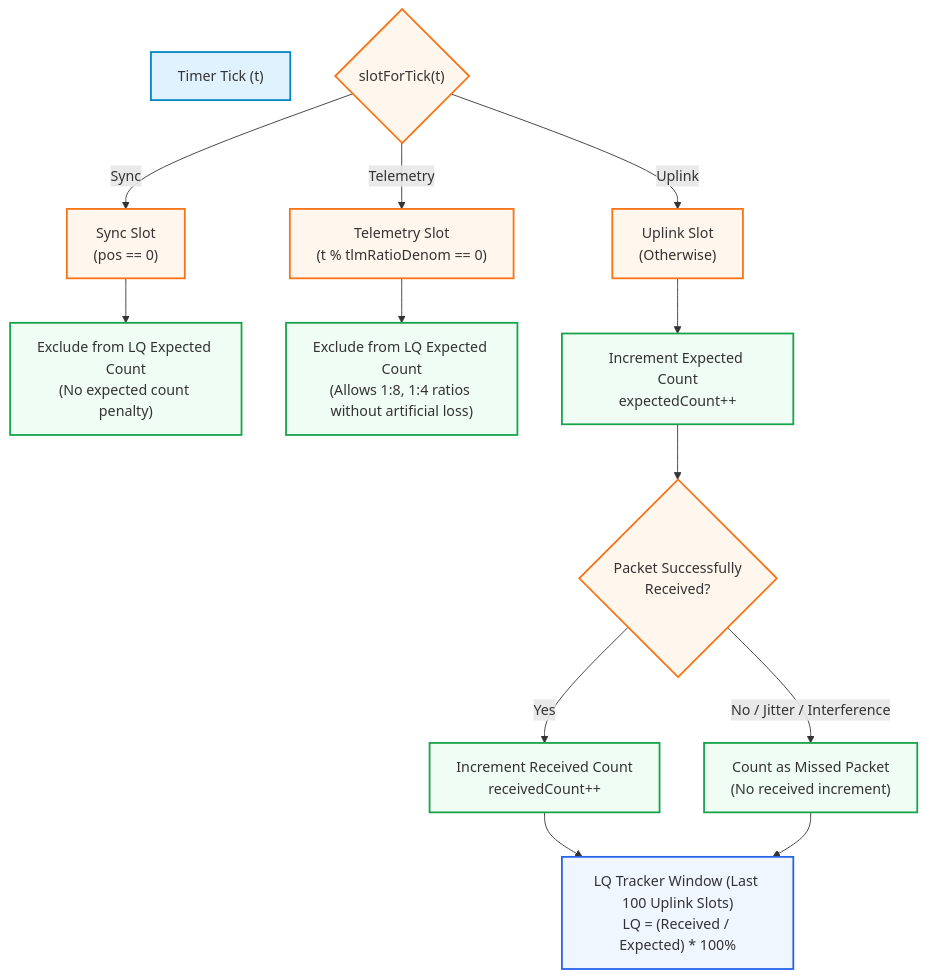
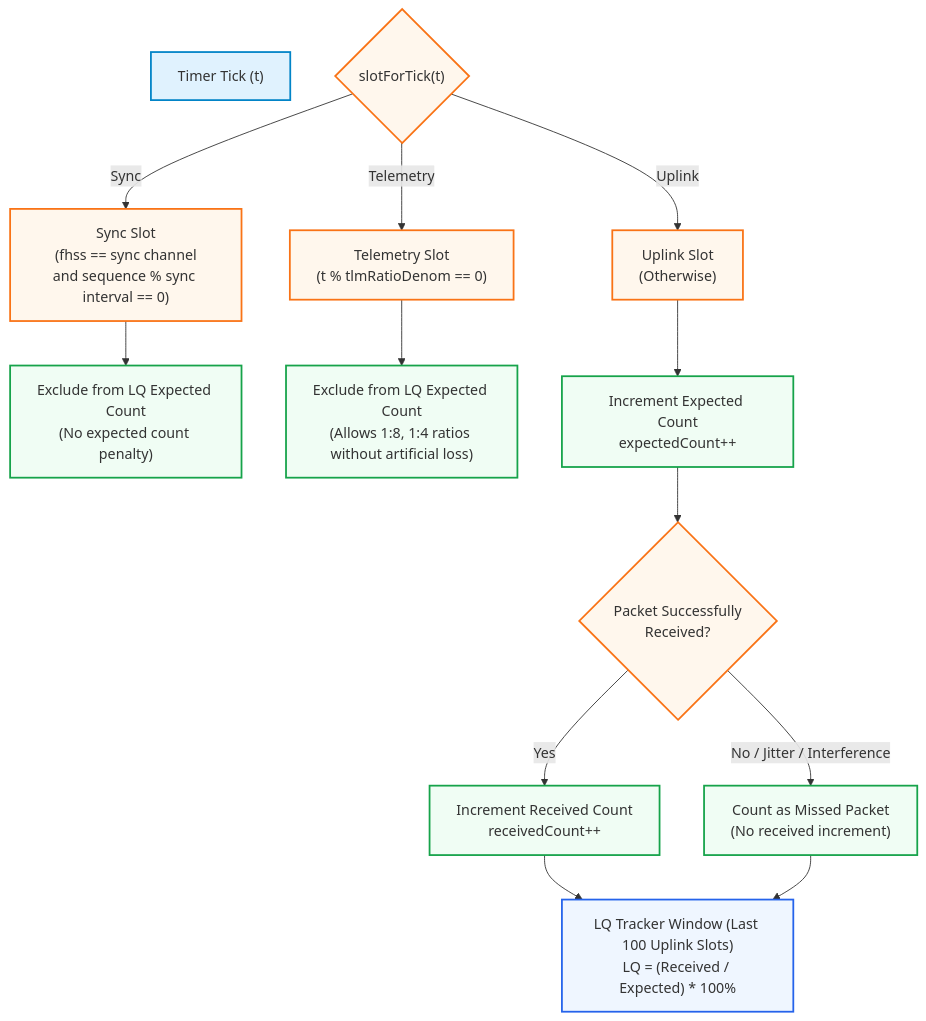
The diagram in docs/developer/telemetry-and-link-stats.md (xlrs-dev/xlrs), drawn with Mermaid before and after one commit.

Commit message:
Correct telemetry slotting docs

````diff
--- a/docs/developer/telemetry-and-link-stats.md
+++ b/docs/developer/telemetry-and-link-stats.md
@@ -71,41 +71,41 @@
 ```mermaid
 graph TD
     classDef tick fill:#e0f2fe,stroke:#0284c7,stroke-width:2px;
     classDef decision fill:#fff7ed,stroke:#f97316,stroke-width:2px;
     classDef action fill:#f0fdf4,stroke:#16a34a,stroke-width:2px;
     classDef stat fill:#eff6ff,stroke:#2563eb,stroke-width:2px;
 
     Tick["Timer Tick (t)"]:::tick
     SlotType{"slotForTick(t)"}:::decision
 
-    SyncSlot["Sync Slot<br/>(pos == 0)"]:::decision
+    SyncSlot["Sync Slot<br/>(fhss == sync channel<br/>and sequence % sync interval == 0)"]:::decision
     TlmSlot["Telemetry Slot<br/>(t % tlmRatioDenom == 0)"]:::decision
     UplinkSlot["Uplink Slot<br/>(Otherwise)"]:::decision
 
     ExcludeSync["Exclude from LQ Expected Count<br/>(No expected count penalty)"]:::action
     ExcludeTlm["Exclude from LQ Expected Count<br/>(Allows 1:8, 1:4 ratios without artificial loss)"]:::action
 
     IncExpected["Increment Expected Count<br/>expectedCount++"]:::action
 
     RxSuccess{"Packet Successfully<br/>Received?"}:::decision
     IncReceived["Increment Received Count<br/>receivedCount++"]:::action
     MissSlot["Count as Missed Packet<br/>(No received increment)"]:::action
 
     ComputeLQ["LQ Tracker Window (Last 100 Uplink Slots)<br/>LQ = (Received / Expected) * 100%"]:::stat
 
     SlotType -->|Sync| SyncSlot
     SlotType -->|Telemetry| TlmSlot
     SlotType -->|Uplink| UplinkSlot
 
     SyncSlot --> ExcludeSync
     TlmSlot --> ExcludeTlm
 
     UplinkSlot --> IncExpected
     IncExpected --> RxSuccess
 
     RxSuccess -->|Yes| IncReceived
     RxSuccess -->|No / Jitter / Interference| MissSlot
 
     IncReceived --> ComputeLQ
     MissSlot --> ComputeLQ
 ```
````
